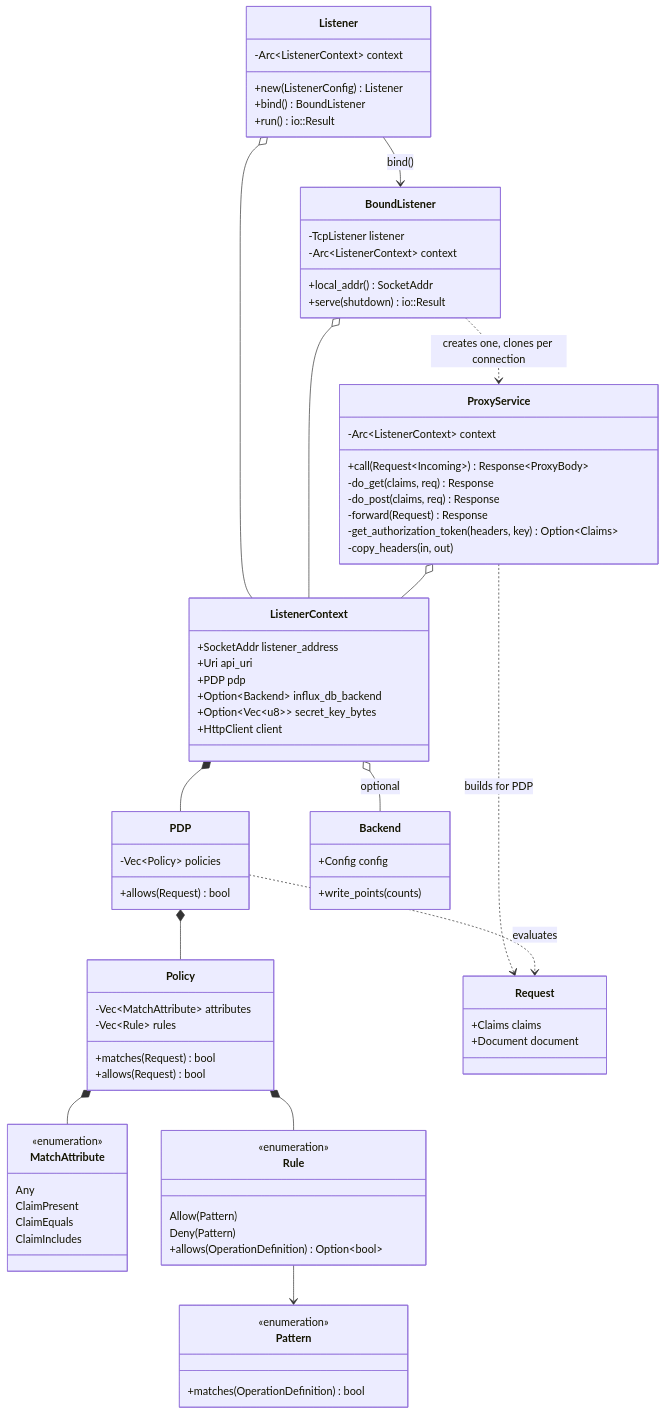
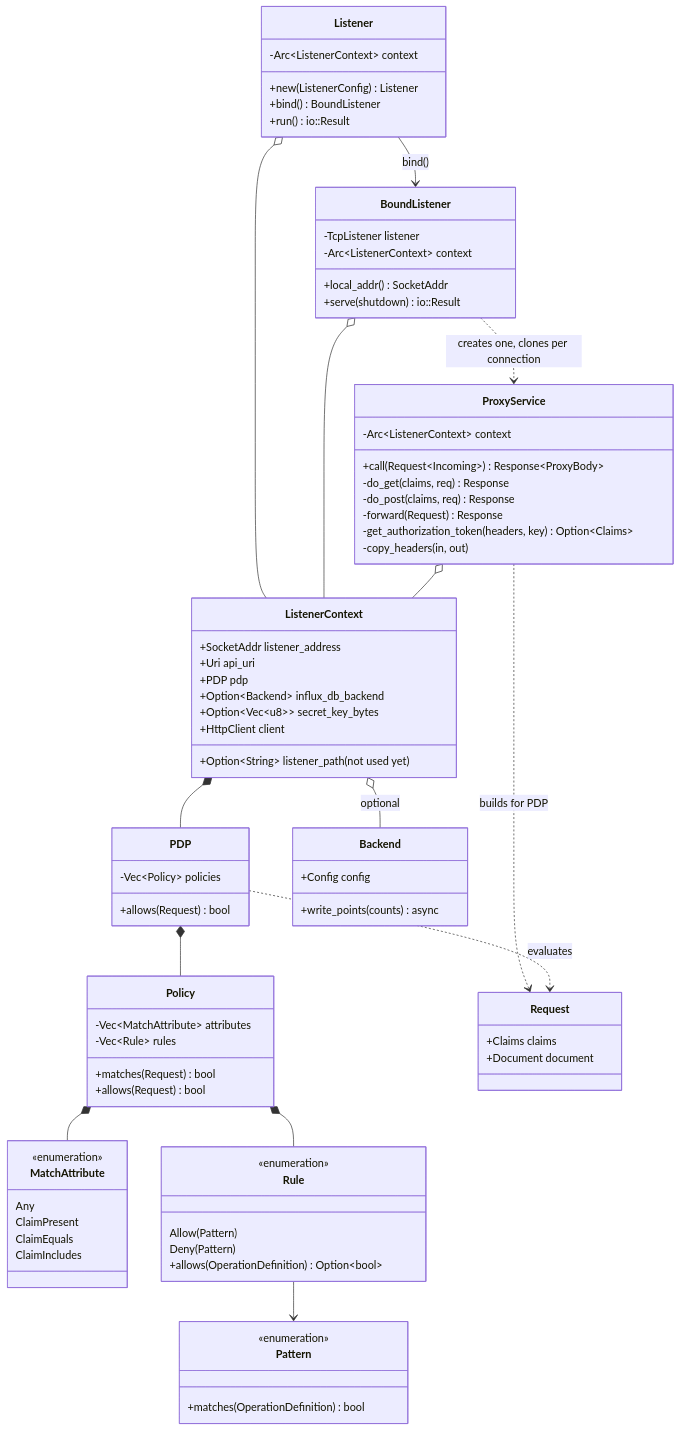
Before and after one commit to arboric/arboric: the first of 2 diagrams in docs/call-flow.md, drawn with Mermaid. The commit also changed other lines of this file, not shown here.

First line of the commit message:
Fix call-flow.md to match current code

````diff
--- a/docs/call-flow.md
+++ b/docs/call-flow.md
@@ -30,81 +31,82 @@
 ```mermaid
 classDiagram
     class Listener {
         -Arc~ListenerContext~ context
         +new(ListenerConfig) Listener
         +bind() BoundListener
         +run() io::Result
     }
     class BoundListener {
         -TcpListener listener
         -Arc~ListenerContext~ context
         +local_addr() SocketAddr
         +serve(shutdown) io::Result
     }
     class ListenerContext {
         +SocketAddr listener_address
+        +Option~String~ listener_path (not used yet)
         +Uri api_uri
         +PDP pdp
         +Option~Backend~ influx_db_backend
         +Option~Vec~u8~~ secret_key_bytes
         +HttpClient client
     }
     class ProxyService {
         -Arc~ListenerContext~ context
         +call(Request~Incoming~) Response~ProxyBody~
         -do_get(claims, req) Response
         -do_post(claims, req) Response
         -forward(Request) Response
         -get_authorization_token(headers, key) Option~Claims~
         -copy_headers(in, out)
     }
     class PDP {
         -Vec~Policy~ policies
         +allows(Request) bool
     }
     class Policy {
         -Vec~MatchAttribute~ attributes
         -Vec~Rule~ rules
         +matches(Request) bool
         +allows(Request) bool
     }
     class MatchAttribute {
         <<enumeration>>
         Any
         ClaimPresent
         ClaimEquals
         ClaimIncludes
     }
     class Rule {
         <<enumeration>>
         Allow(Pattern)
         Deny(Pattern)
         +allows(OperationDefinition) Option~bool~
     }
     class Pattern {
         <<enumeration>>
         +matches(OperationDefinition) bool
     }
     class Backend {
         +Config config
-        +write_points(counts)
+        +write_points(counts) async
     }
     class Request {
         +Claims claims
         +Document document
     }
 
     Listener --> BoundListener : bind()
     Listener o-- ListenerContext
     BoundListener o-- ListenerContext
     BoundListener ..> ProxyService : creates one, clones per connection
     ProxyService o-- ListenerContext
     ListenerContext *-- PDP
     ListenerContext o-- Backend : optional
     PDP *-- Policy
     Policy *-- MatchAttribute
     Policy *-- Rule
     Rule --> Pattern
     ProxyService ..> Request : builds for PDP
     PDP ..> Request : evaluates
 ```
````
